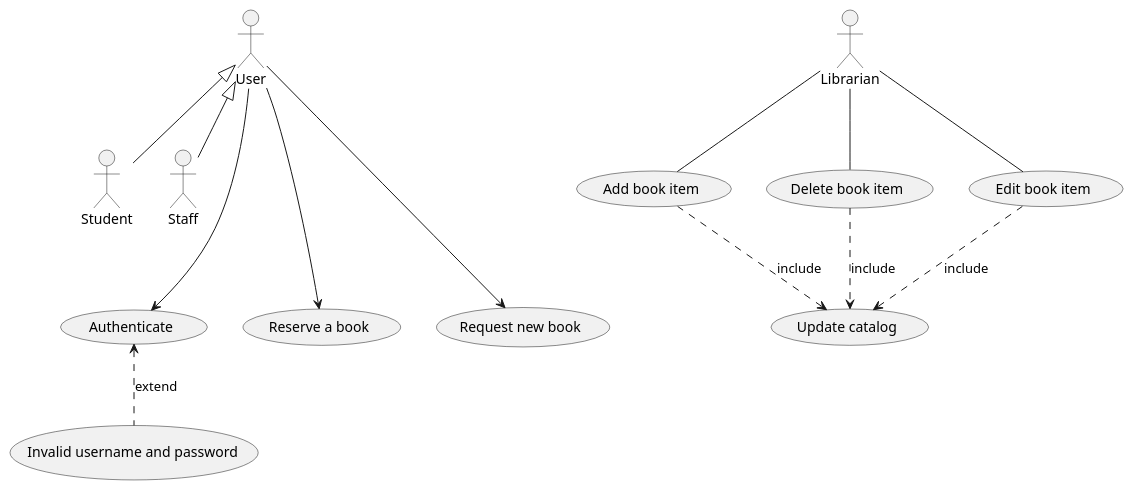
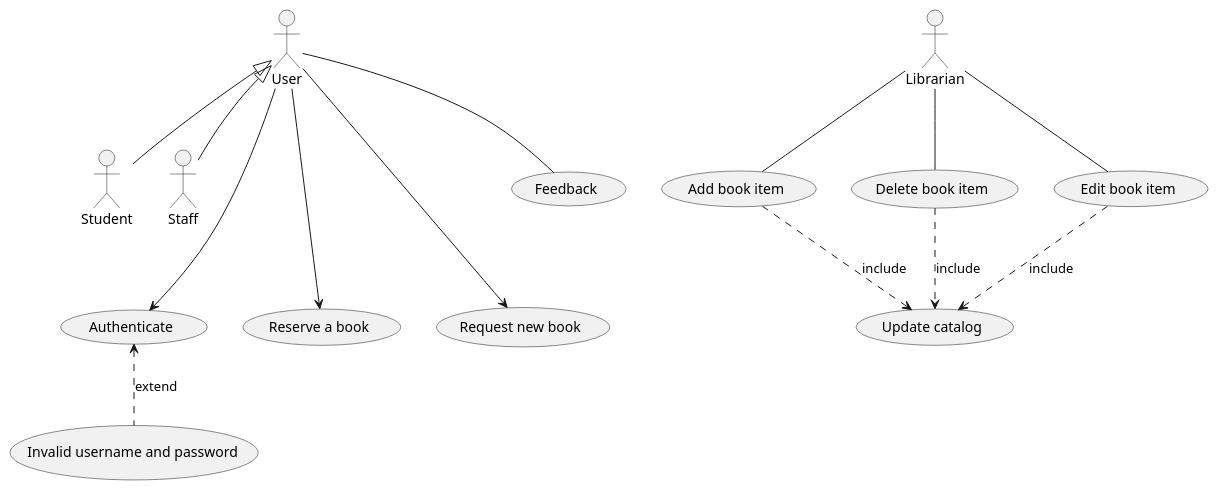
Before and after one commit to juangsanchezp/practica-lab-casos-de-uso-javaSwing: the diagram in docs/Library-Management-System.puml, drawn with PlantUML.

Commit message:
modificacion diagrama de caso de uso

```diff
--- a/docs/Library-Management-System.puml
+++ b/docs/Library-Management-System.puml
@@ -1,20 +1,22 @@
 @startuml
 :User: <|-- :Student:
 :User: <|-- :Staff:
 
 :User: ---> (Authenticate)
 :User: ---> (Reserve a book)
 :User: ---> (Request new book)
 (Authenticate) <.. (Invalid username and password) : extend
 
 :Librarian: -- (Add book item)
 :Librarian: -- (Delete book item)
 :Librarian: -- (Edit book item)
 
 (Add book item) ..> (Update catalog) :include
 (Delete book item) ..> (Update catalog) :include
 (Edit book item) ..> (Update catalog) :include
 
+:User: -- (Feedback)
+
 
 
 @enduml
```
